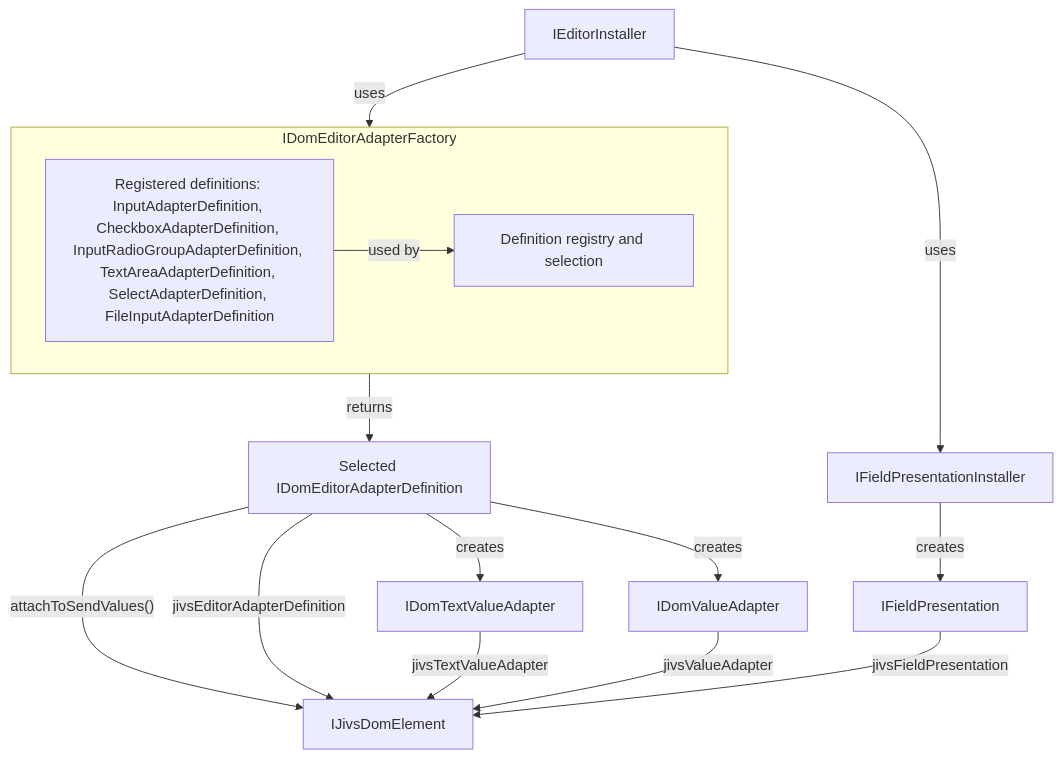
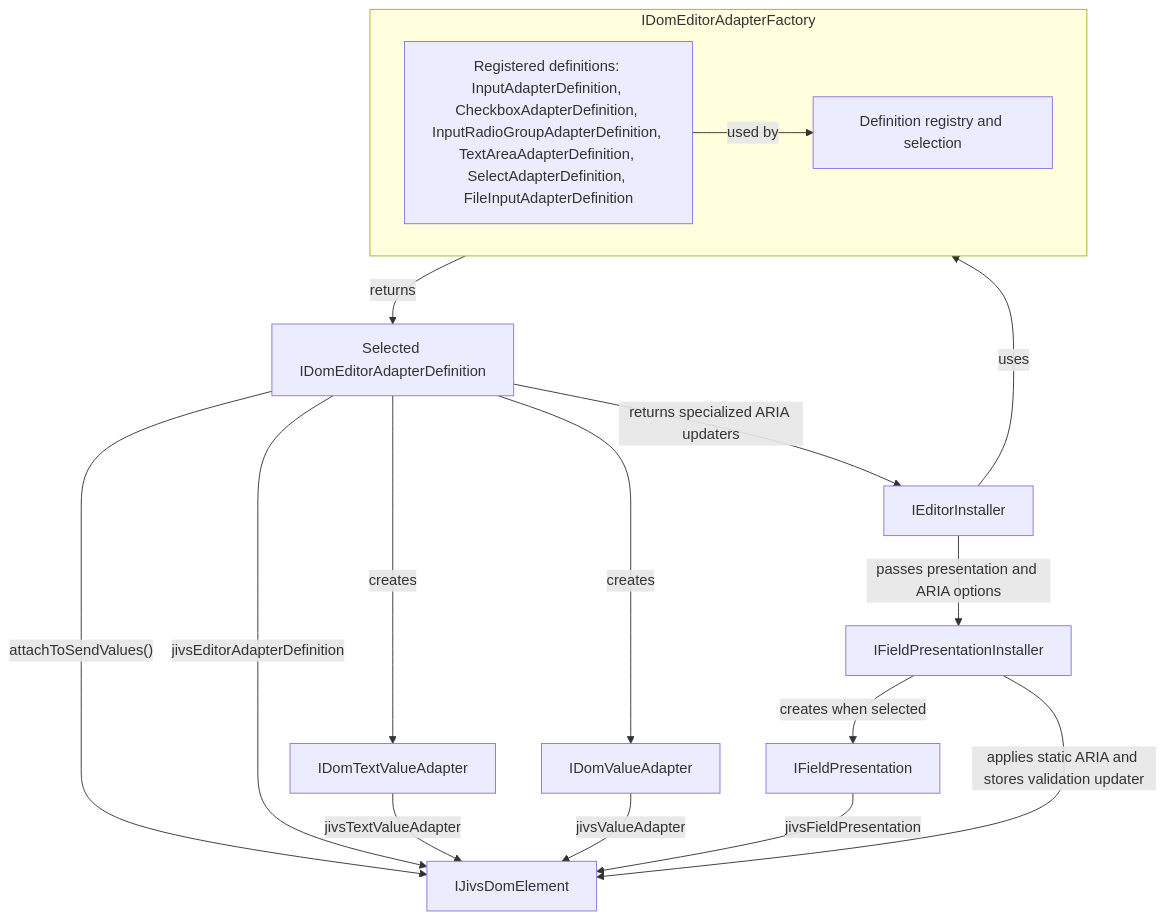
The second of 7 diagrams in planning/Jivs-DOM_Implementation_Design.md (plblum/jivs), drawn with Mermaid before and after one commit. The commit also changed other lines of this file, not shown here.

Commit message:
Implementation design after Aria work

````diff
--- a/planning/Jivs-DOM_Implementation_Design.md
+++ b/planning/Jivs-DOM_Implementation_Design.md
@@ -75,35 +79,37 @@
 ```mermaid
 flowchart TB
     INSTALLER["IEditorInstaller"]
     DEFINITION["Selected IDomEditorAdapterDefinition"]
     PRESENTATION_INSTALLER["IFieldPresentationInstaller"]
 
     subgraph FACTORY["IDomEditorAdapterFactory"]
         direction LR
 
         REGISTERED["Registered definitions: InputAdapterDefinition, CheckboxAdapterDefinition, InputRadioGroupAdapterDefinition, TextAreaAdapterDefinition, SelectAdapterDefinition, FileInputAdapterDefinition"]
         FACTORY_API["Definition registry and selection"]
 
         REGISTERED -->|"used by"| FACTORY_API
     end
 
     ELEMENT["IJivsDomElement"]
     TEXT_ADAPTER["IDomTextValueAdapter"]
     VALUE_ADAPTER["IDomValueAdapter"]
     PRESENTATION["IFieldPresentation"]
 
     INSTALLER -->|"uses"| FACTORY
     FACTORY -->|"returns"| DEFINITION
-    INSTALLER -->|"uses"| PRESENTATION_INSTALLER
 
     DEFINITION -->|"creates"| TEXT_ADAPTER
     DEFINITION -->|"creates"| VALUE_ADAPTER
     DEFINITION -->|"attachToSendValues()"| ELEMENT
+    DEFINITION -->|"returns specialized ARIA updaters"| INSTALLER
 
     DEFINITION -->|"jivsEditorAdapterDefinition"| ELEMENT
     TEXT_ADAPTER -->|"jivsTextValueAdapter"| ELEMENT
     VALUE_ADAPTER -->|"jivsValueAdapter"| ELEMENT
 
-    PRESENTATION_INSTALLER -->|"creates"| PRESENTATION
+    INSTALLER -->|"passes presentation and ARIA options"| PRESENTATION_INSTALLER
+    PRESENTATION_INSTALLER -->|"creates when selected"| PRESENTATION
     PRESENTATION -->|"jivsFieldPresentation"| ELEMENT
+    PRESENTATION_INSTALLER -->|"applies static ARIA and stores validation updater"| ELEMENT
 ```
````
